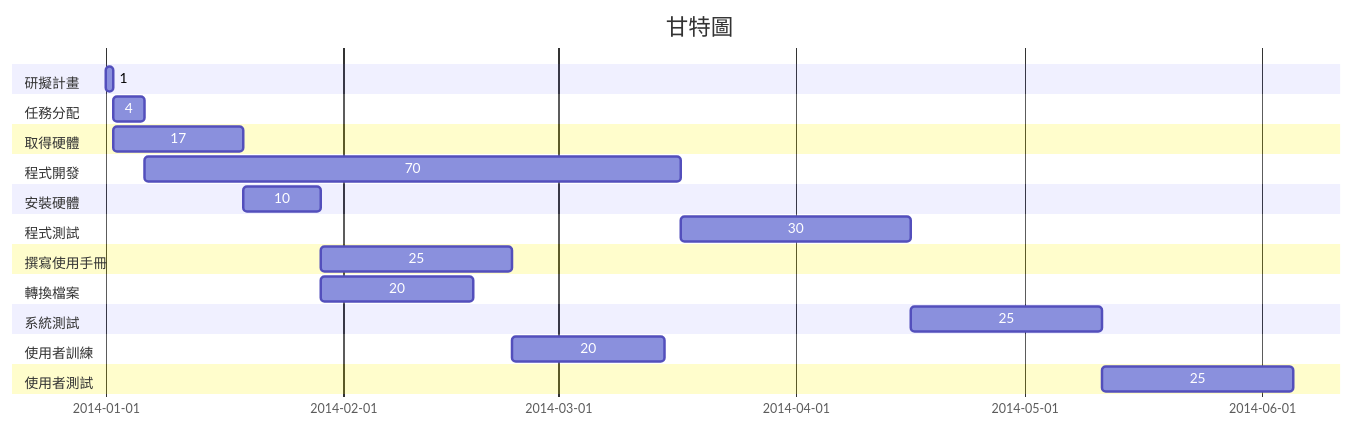
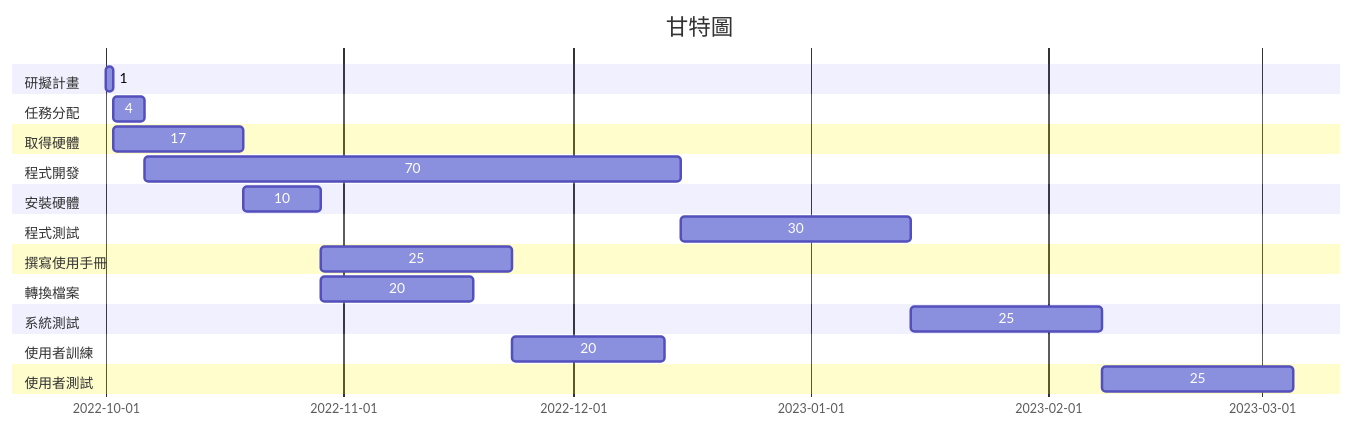
The diagram in hw2.md (Chien623/2022-3B), drawn with Mermaid before and after one commit.

````diff
--- a/hw2.md
+++ b/hw2.md
@@ -33,37 +33,37 @@
 ```mermaid
 gantt
     title 甘特圖
     
     section 研擬計畫
-    1       :a1, 2014-01-01, 1d
+    1       :a1, 2022-10-01, 1d
    
     section 任務分配
     4       :a2, after a1  , 4d
     
     section 取得硬體
     17      :a3, after a1 , 17d
     
     section 程式開發
     70      :a4, after a2  , 70d
     
     section 安裝硬體
     10      :a5, after a3  , 10d
     
     section 程式測試
     30      :a6, after a4  , 30d
     
     section 撰寫使用手冊
     25      :a7, after a5  , 25d
     
     section 轉換檔案
     20      :a8, after a5  , 20d
     
     section 系統測試
     25      :a9, after a6  , 25d
     
     section 使用者訓練
     20      :a10, after a7  , 20d
     
     section 使用者測試
     25      :a11, after a9  , 25d
 ```
````
